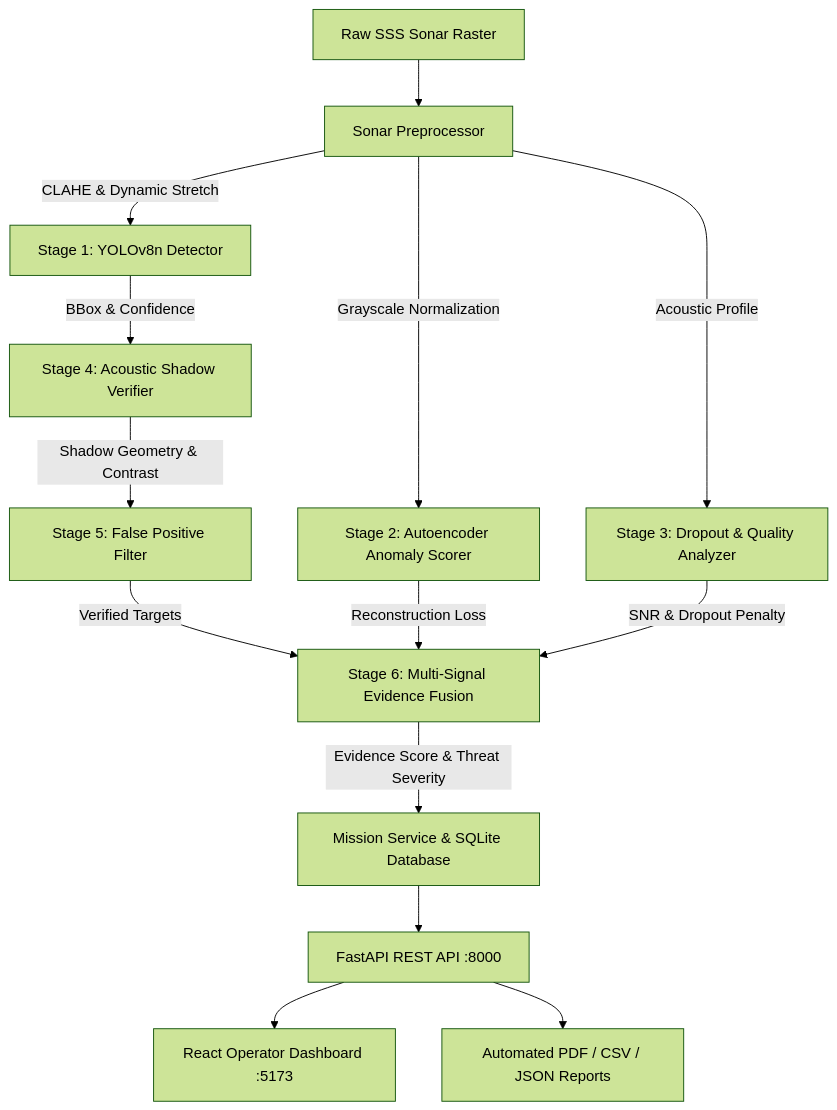
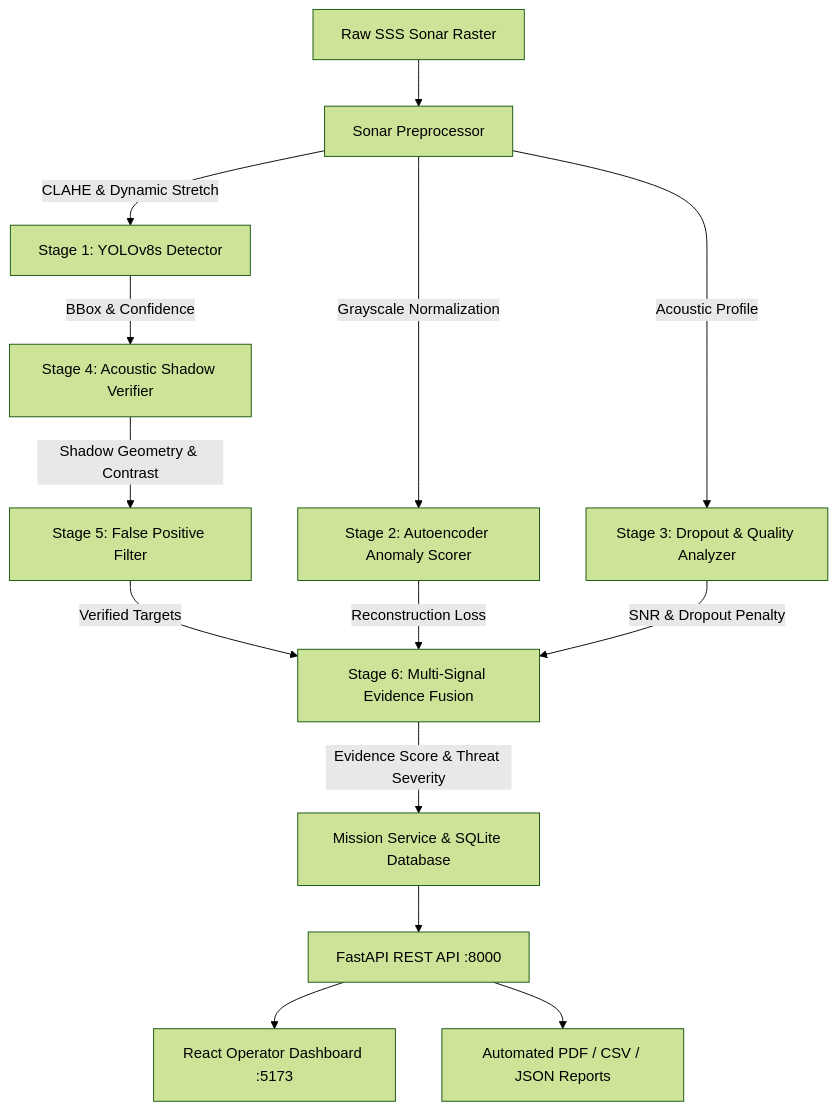
One commit to vineeth29/SIH26057-Marine-Anomaly-Intelligence changed the diagram in README.md. Above: the diagram before and after it, drawn with Mermaid (forest theme). The commit also changed other lines of this file and 28 other files, not shown here.

````diff
--- a/README.md
+++ b/README.md
@@ -25,19 +25,19 @@
 ```mermaid
 flowchart TD
     A[Raw SSS Sonar Raster] --> B[Sonar Preprocessor]
-    B -->|CLAHE & Dynamic Stretch| C[Stage 1: YOLOv8n Detector]
+    B -->|CLAHE & Dynamic Stretch| C[Stage 1: YOLOv8s Detector]
     B -->|Grayscale Normalization| D[Stage 2: Autoencoder Anomaly Scorer]
     B -->|Acoustic Profile| E[Stage 3: Dropout & Quality Analyzer]
     
     C -->|BBox & Confidence| F[Stage 4: Acoustic Shadow Verifier]
     F -->|Shadow Geometry & Contrast| G[Stage 5: False Positive Filter]
     
     G -->|Verified Targets| H[Stage 6: Multi-Signal Evidence Fusion]
     D -->|Reconstruction Loss| H
     E -->|SNR & Dropout Penalty| H
     
     H -->|Evidence Score & Threat Severity| I[Mission Service & SQLite Database]
     I --> J[FastAPI REST API :8000]
     J --> K[React Operator Dashboard :5173]
     J --> L[Automated PDF / CSV / JSON Reports]
 ```
````
